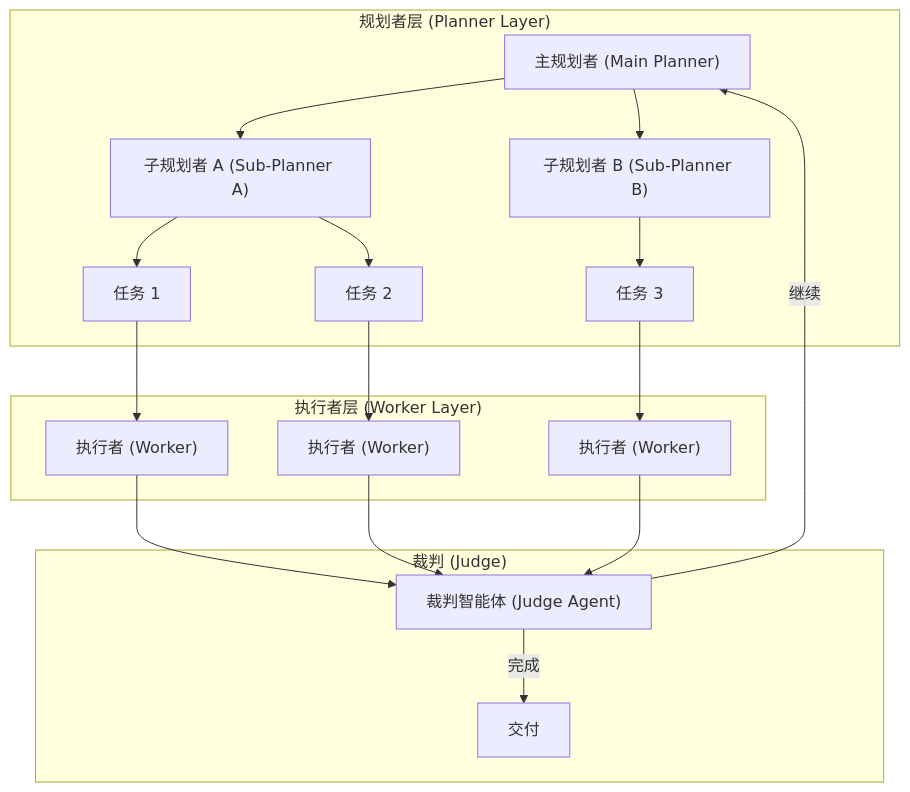
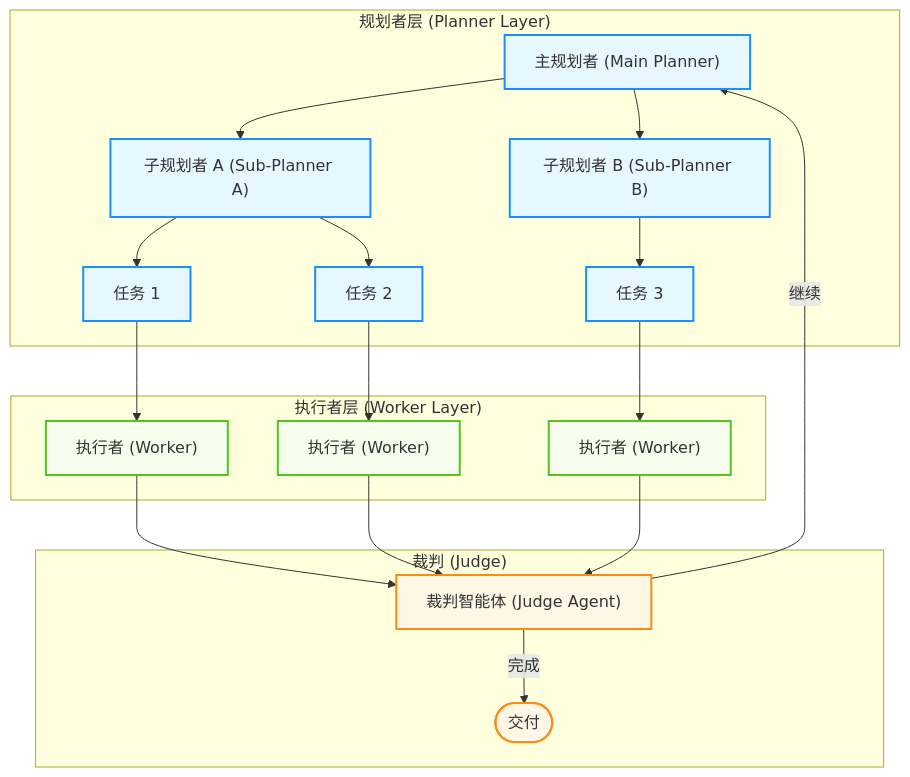
One commit to yeasy/agentic_ai_guide changed the fourth of 4 diagrams in 05_collaboration/5.1_architectures.md. Above: the diagram before and after it, drawn with Mermaid. The commit also changed other lines of this file and 36 other files, not shown here.

````diff
--- a/05_collaboration/5.1_architectures.md
+++ b/05_collaboration/5.1_architectures.md
@@ -174,24 +199,35 @@
 ```mermaid
 graph TD
+    %% Agentic Design System
+    classDef agent fill:#e6f7ff,stroke:#1890ff,stroke-width:2px;
+    classDef tool fill:#f6ffed,stroke:#52c41a,stroke-width:2px;
+    classDef user fill:#fff7e6,stroke:#fa8c16,stroke-width:2px;
+
     subgraph planners["规划者层 (Planner Layer)"]
         P1["主规划者 (Main Planner)"] --> P2["子规划者 A (Sub-Planner A)"]
         P1 --> P3["子规划者 B (Sub-Planner B)"]
         P2 --> T1["任务 1"]
         P2 --> T2["任务 2"]
         P3 --> T3["任务 3"]
     end
     
     subgraph workers["执行者层 (Worker Layer)"]
         T1 --> W1["执行者 (Worker)"]
         T2 --> W2["执行者 (Worker)"]
         T3 --> W3["执行者 (Worker)"]
     end
     
     subgraph judge["裁判 (Judge)"]
         W1 --> J["裁判智能体 (Judge Agent)"]
         W2 --> J
         W3 --> J
         J -->|"继续"| P1
-        J -->|"完成"| Done["交付"]
+        J -->|"完成"| Done(["交付"])
     end
+    
+    class P1,P2,P3 agent;
+    class T1,T2,T3 agent;
+    class W1,W2,W3 tool;
+    class J user;
+    class Done user;
 ```
````
